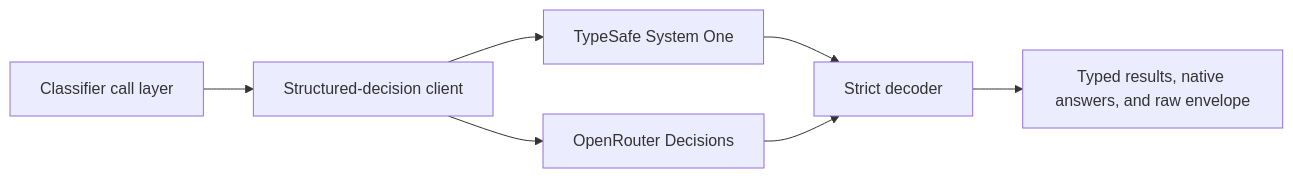
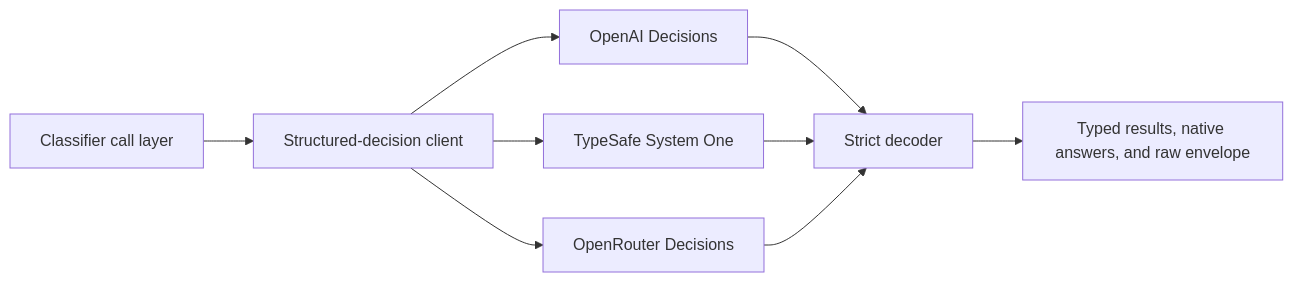
The diagram in docs/overview/architecture/structured-decisions.md (vouchington/vouchington), drawn with Mermaid before and after one commit. The commit also changed other lines of this file and 37 other files, not shown here.

First line of the commit message:
feat(classifiers): switch structured decisions from Jev to OpenAI Decisions

````diff
--- a/docs/overview/architecture/structured-decisions.md
+++ b/docs/overview/architecture/structured-decisions.md
@@ -7,9 +9,11 @@
 ```mermaid
 flowchart LR
   Caller[Classifier call layer] --> Client[Structured-decision client]
+  Client --> OpenAI[OpenAI Decisions]
   Client --> TypeSafe[TypeSafe System One]
   Client --> OpenRouter[OpenRouter Decisions]
-  TypeSafe --> Decode[Strict decoder]
+  OpenAI --> Decode[Strict decoder]
+  TypeSafe --> Decode
   OpenRouter --> Decode
   Decode --> Result[Typed results, native answers, and raw envelope]
 ```
````
